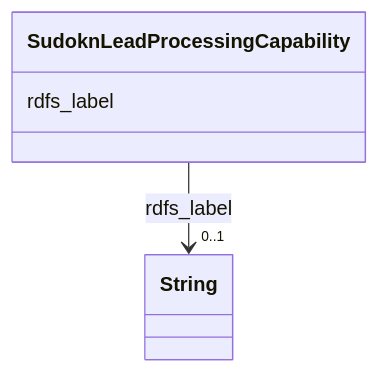
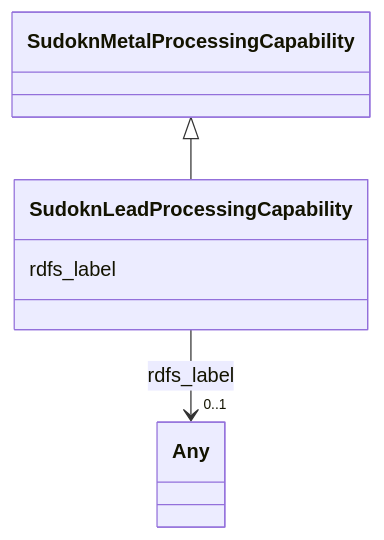
The diagram in sudokn-kg/classes/SudoknLeadProcessingCapability.md (frink-okn/graph-descriptions), drawn with Mermaid before and after one commit. The commit also changed other lines of this file and 903 other files, not shown here.

````diff
--- a/sudokn-kg/classes/SudoknLeadProcessingCapability.md
+++ b/sudokn-kg/classes/SudoknLeadProcessingCapability.md
@@ -23,15 +18,18 @@
 ```mermaid
  classDiagram
     class SudoknLeadProcessingCapability
     click SudoknLeadProcessingCapability href "../SudoknLeadProcessingCapability"
+      SudoknMetalProcessingCapability <|-- SudoknLeadProcessingCapability
+        click SudoknMetalProcessingCapability href "../SudoknMetalProcessingCapability"
+      
       SudoknLeadProcessingCapability : rdfs_label
         
           
     
     
-    SudoknLeadProcessingCapability --> "0..1" String : rdfs_label
-    click String href "../String"
+    SudoknLeadProcessingCapability --> "0..1" Any : rdfs_label
+    click Any href "../Any"
 
         
       
 ```
````
